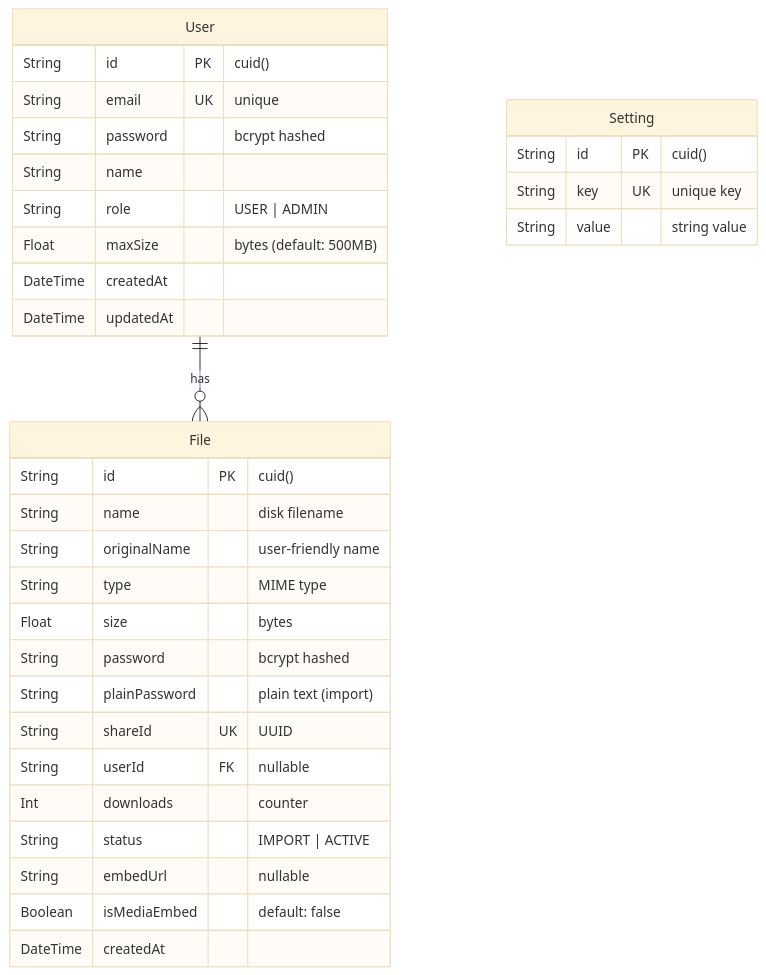
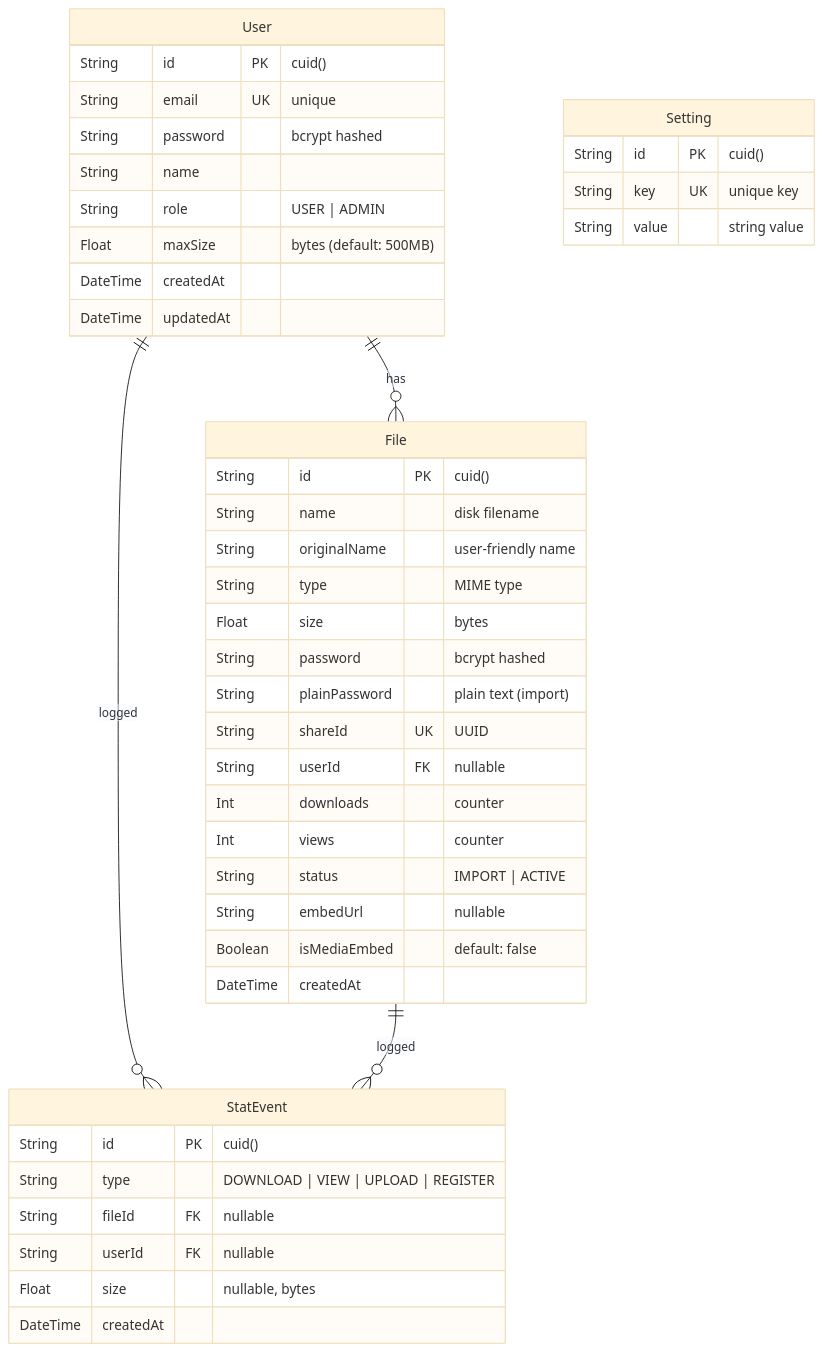
The first of 2 diagrams in docs/DATABASE.md (LinyaVT/LinyaShare), drawn with Mermaid (base theme) before and after one commit. The commit also changed other lines of this file and 17 other files, not shown here.

````diff
--- a/docs/DATABASE.md
+++ b/docs/DATABASE.md
@@ -58,38 +59,50 @@
 ```mermaid
 erDiagram
     User {
         String id PK "cuid()"
         String email UK "unique"
         String password "bcrypt hashed"
         String name
         String role "USER | ADMIN"
         Float maxSize "bytes (default: 500MB)"
         DateTime createdAt
         DateTime updatedAt
     }
 
     File {
         String id PK "cuid()"
         String name "disk filename"
         String originalName "user-friendly name"
         String type "MIME type"
         Float size "bytes"
         String password "bcrypt hashed"
         String plainPassword "plain text (import)"
         String shareId UK "UUID"
         String userId FK "nullable"
         Int downloads "counter"
+        Int views "counter"
         String status "IMPORT | ACTIVE"
         String embedUrl "nullable"
         Boolean isMediaEmbed "default: false"
         DateTime createdAt
     }
 
     Setting {
         String id PK "cuid()"
         String key UK "unique key"
         String value "string value"
     }
 
+    StatEvent {
+        String id PK "cuid()"
+        String type "DOWNLOAD | VIEW | UPLOAD | REGISTER"
+        String fileId FK "nullable"
+        String userId FK "nullable"
+        Float size "nullable, bytes"
+        DateTime createdAt
+    }
+
     User ||--o{ File : "has"
+    User ||--o{ StatEvent : "logged"
+    File ||--o{ StatEvent : "logged"
 ```
````
